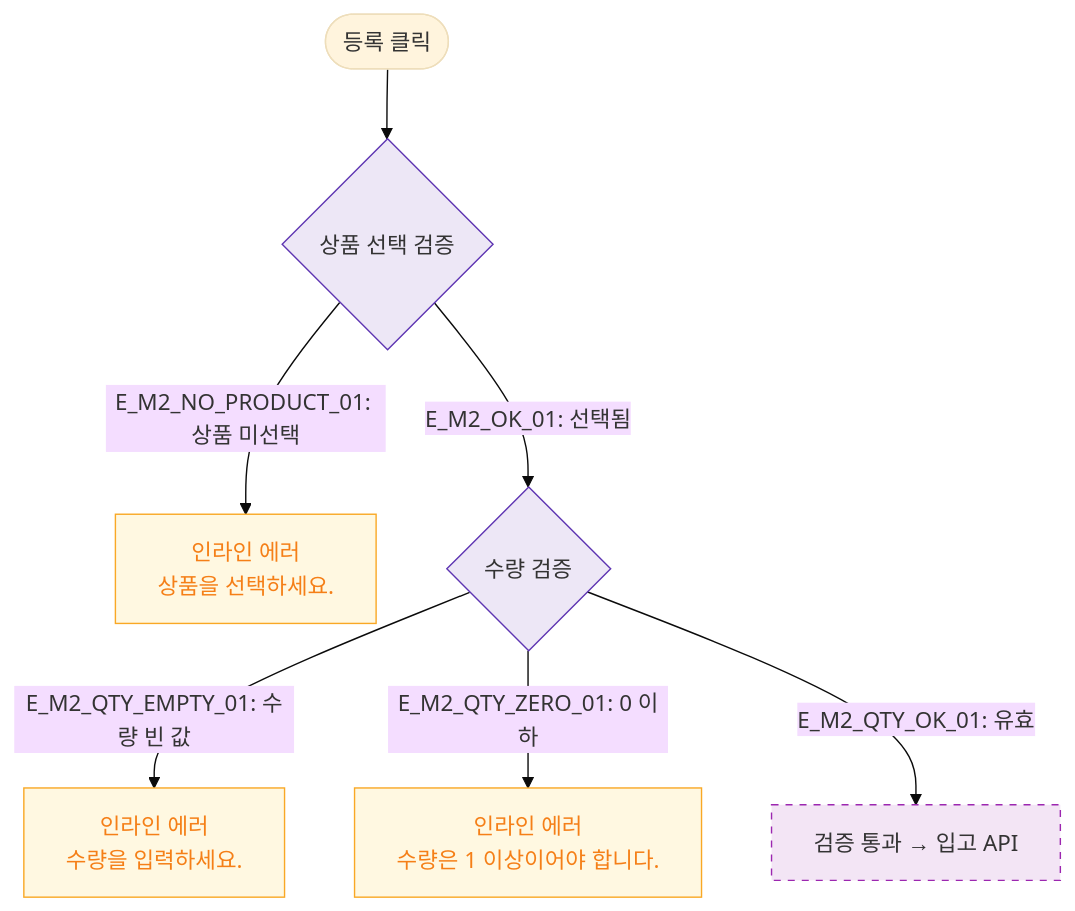
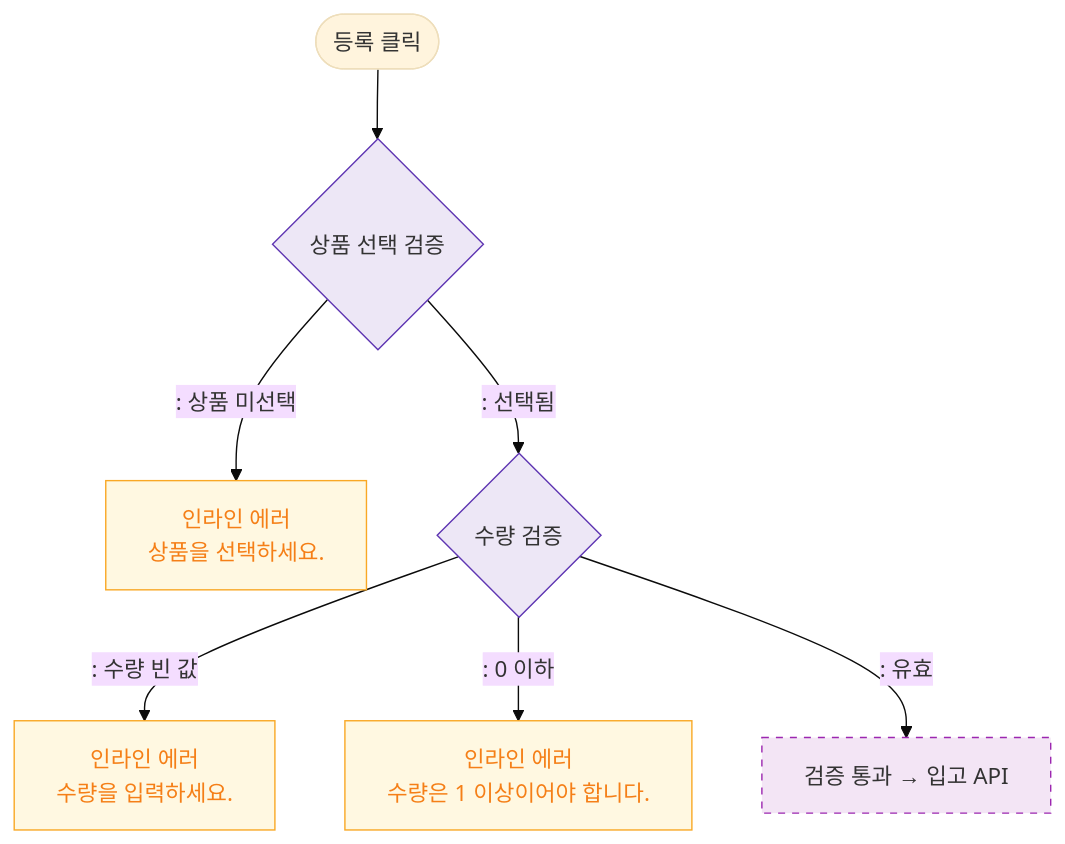
Before and after one commit to dev-spogym/admin-pando: the diagram in docs/다이어그램/D05_상품관리/DLG/DLG-P012_입고등록/M2_필드검증.md, drawn with Mermaid (base theme). The commit also changed other lines of this file and 1660 other files, not shown here.

First line of the commit message:
다이어그램: 기획자/클라이언트 납품본으로 정리

````diff
--- a/docs/다이어그램/D05_상품관리/DLG/DLG-P012_입고등록/M2_필드검증.md
+++ b/docs/다이어그램/D05_상품관리/DLG/DLG-P012_입고등록/M2_필드검증.md
@@ -16,17 +14,17 @@
 ```mermaid
 flowchart TD
     SUBMIT([등록 클릭]) --> V1{상품 선택 검증}
-    V1 -->|"E_M2_NO_PRODUCT_01: 상품 미선택"| ErrProduct[인라인 에러\n상품을 선택하세요.]
-    V1 -->|"E_M2_OK_01: 선택됨"| V2{수량 검증}
+    V1 -->|": 상품 미선택"|ErrProduct[인라인 에러\n상품을 선택하세요.]
+    V1 -->|": 선택됨"|V2{수량 검증}
 
-    V2 -->|"E_M2_QTY_EMPTY_01: 수량 빈 값"| ErrEmpty[인라인 에러\n수량을 입력하세요.]
-    V2 -->|"E_M2_QTY_ZERO_01: 0 이하"| ErrZero[인라인 에러\n수량은 1 이상이어야 합니다.]
-    V2 -->|"E_M2_QTY_OK_01: 유효"| Pass[검증 통과 → 입고 API]
+    V2 -->|": 수량 빈 값"|ErrEmpty[인라인 에러\n수량을 입력하세요.]
+    V2 -->|": 0 이하"|ErrZero[인라인 에러\n수량은 1 이상이어야 합니다.]
+    V2 -->|": 유효"|Pass[검증 통과 → 입고 API]
 
     classDef newFeature fill:#F3E5F5,stroke:#9C27B0,stroke-dasharray:5 5
     classDef warning fill:#FFF8E1,stroke:#F9A825,color:#F57F17
     classDef system fill:#EDE7F6,stroke:#5E35B2
     class Pass newFeature
     class ErrProduct,ErrEmpty,ErrZero warning
     class V1,V2 system
 ```
````
